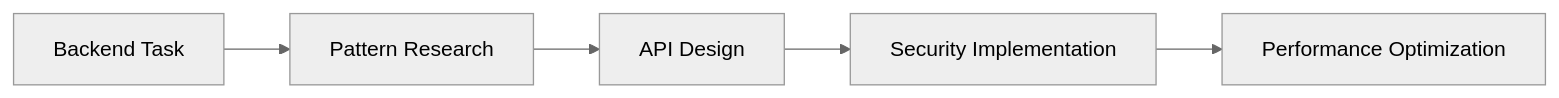
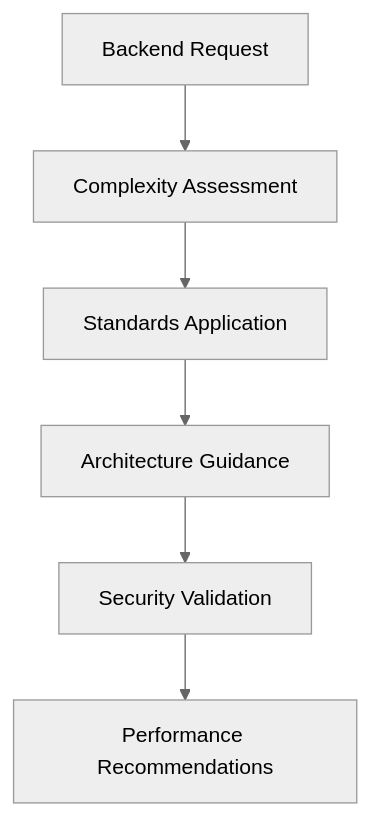
Before and after one commit to MerlinFloyd/horizon-sdlc-v2: the diagram in docker/opencode/config/agent/backend.md, drawn with Mermaid (neutral theme). The commit also changed other lines of this file and 32 other files, not shown here.

````diff
--- a/docker/opencode/config/agent/backend.md
+++ b/docker/opencode/config/agent/backend.md
@@ -54,7 +84,8 @@
 ```mermaid
-graph LR
-    A[Backend Task] --> B[Pattern Research]
-    B --> C[API Design]
-    C --> D[Security Implementation]
-    D --> E[Performance Optimization]
+graph TD
+    A[Backend Request] --> B[Complexity Assessment]
+    B --> C[Standards Application]
+    C --> D[Architecture Guidance]
+    D --> E[Security Validation]
+    E --> F[Performance Recommendations]
 ```
````
